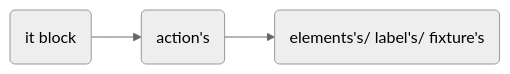
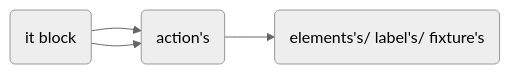
One commit to tayyabsaleem7756/ignicube changed the diagram in README.md. Above: the diagram before and after it, drawn with Mermaid (neutral theme).

````diff
--- a/README.md
+++ b/README.md
@@ -232,4 +232,5 @@
 ```mermaid
 graph LR
 A(it block) -->B(action's) --> C(elements's/ label's/ fixture's)
+A(it block) -->B(action's)
 ```
````
